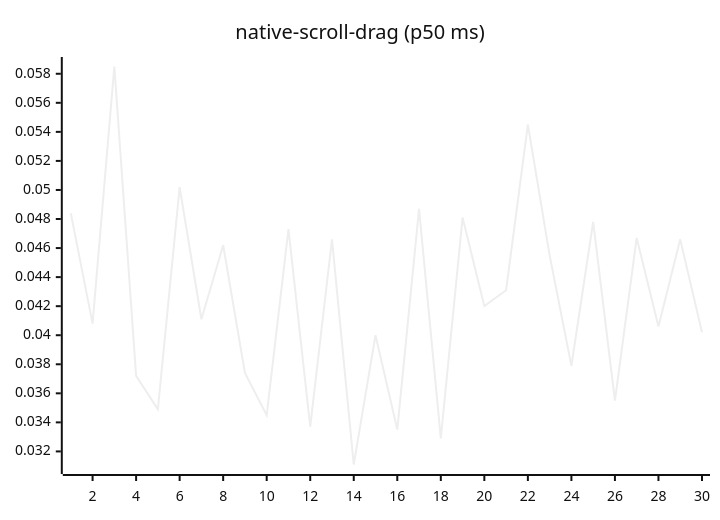
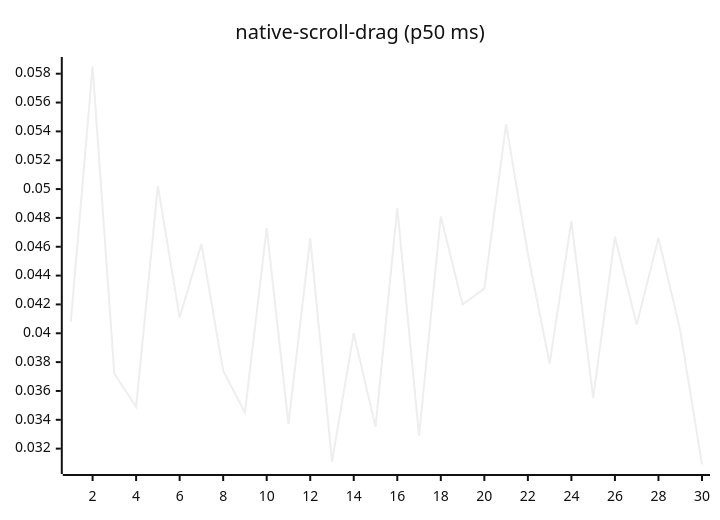
Before and after one commit to josha/Facet: diagram 14 of 27 in README.md, drawn with Mermaid (neutral theme). The commit also changed other lines of this file and 2 other files, not shown here.

````diff
--- a/README.md
+++ b/README.md
@@ -154,6 +154,6 @@
 ```mermaid
 xychart-beta
     title "native-scroll-drag (p50 ms)"
     x-axis 1 --> 30
-    line [0.0484, 0.0408, 0.0585, 0.0372, 0.0349, 0.0502, 0.0411, 0.0462, 0.0374, 0.0345, 0.0473, 0.0337, 0.0466, 0.0311, 0.0400, 0.0335, 0.0487, 0.0329, 0.0481, 0.0420, 0.0431, 0.0545, 0.0455, 0.0379, 0.0478, 0.0355, 0.0467, 0.0406, 0.0466, 0.0402]
+    line [0.0408, 0.0585, 0.0372, 0.0349, 0.0502, 0.0411, 0.0462, 0.0374, 0.0345, 0.0473, 0.0337, 0.0466, 0.0311, 0.0400, 0.0335, 0.0487, 0.0329, 0.0481, 0.0420, 0.0431, 0.0545, 0.0455, 0.0379, 0.0478, 0.0355, 0.0467, 0.0406, 0.0466, 0.0402, 0.0309]
 ```
````
